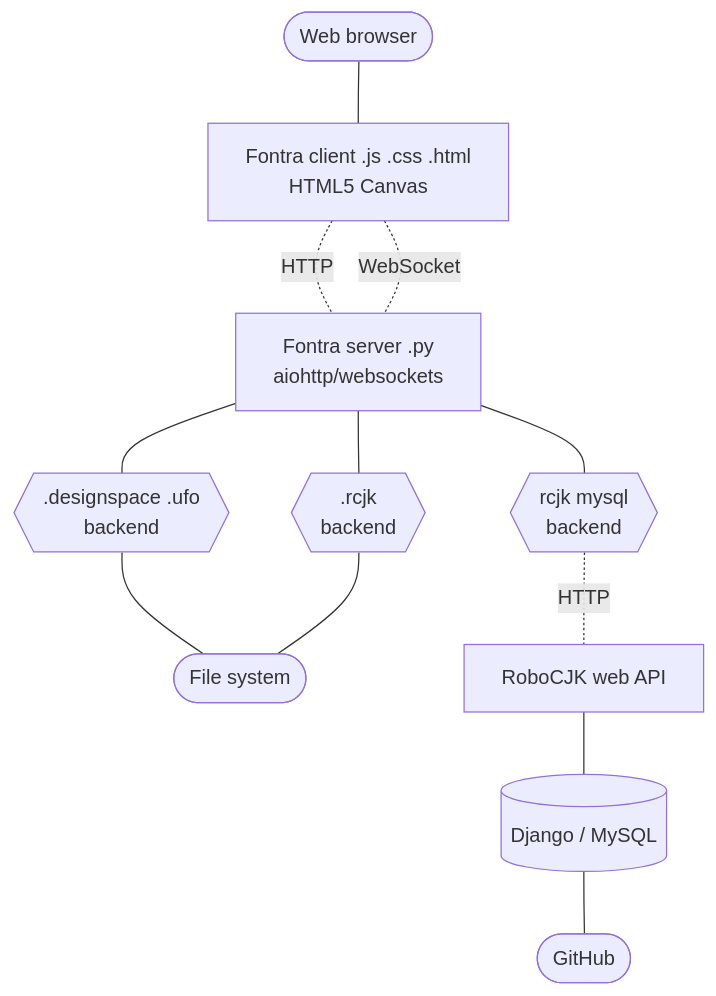
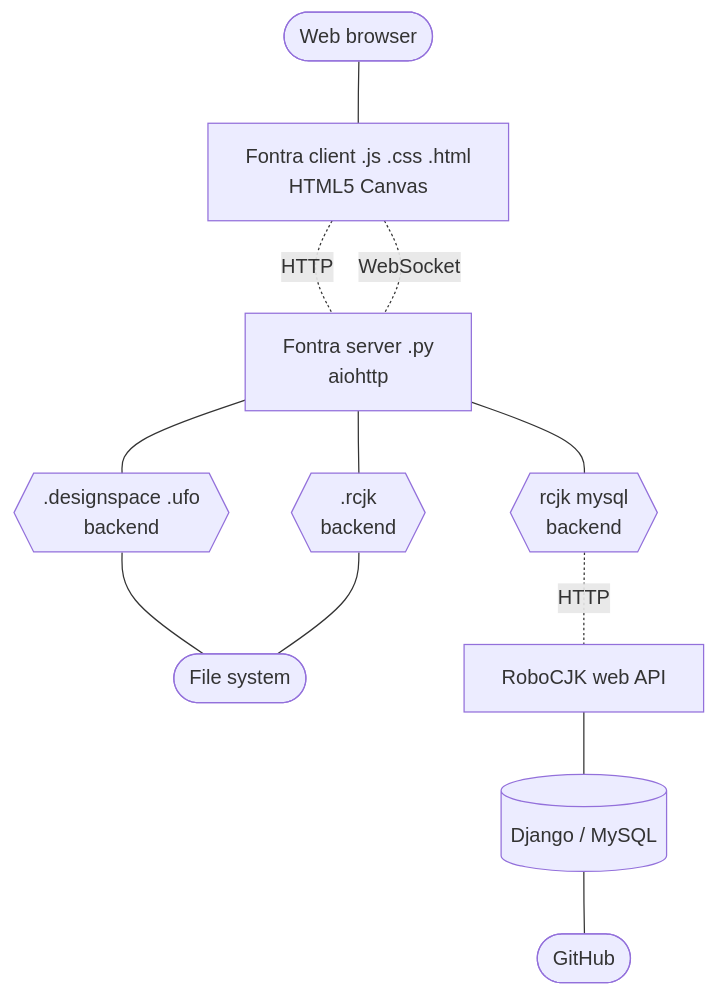
Before and after one commit to googlefonts/fontra: the first of 2 diagrams in docs/code-diagrams.md, drawn with Mermaid. The commit also changed other lines of this file, not shown here.

````diff
--- a/docs/code-diagrams.md
+++ b/docs/code-diagrams.md
@@ -3,14 +3,14 @@
 ```mermaid
 flowchart
   browser([Web browser])---client[Fontra client .js .css .html<br>HTML5 Canvas]
-  client-.HTTP.-server[Fontra server .py<br>aiohttp/websockets]
+  client-.HTTP.-server[Fontra server .py<br>aiohttp]
   client-.WebSocket.-server
   server---ds{{.designspace .ufo<br>backend}}
   server---rcjk{{.rcjk<br>backend}}
   server---rcjk_mysql{{rcjk mysql<br>backend}}
   ds---fs([File system])
   rcjk---fs
   rcjk_mysql-.HTTP.-rcjk_server[RoboCJK web API]
   rcjk_server---django[(Django / MySQL)]
   django---git([GitHub])
 ```
````
